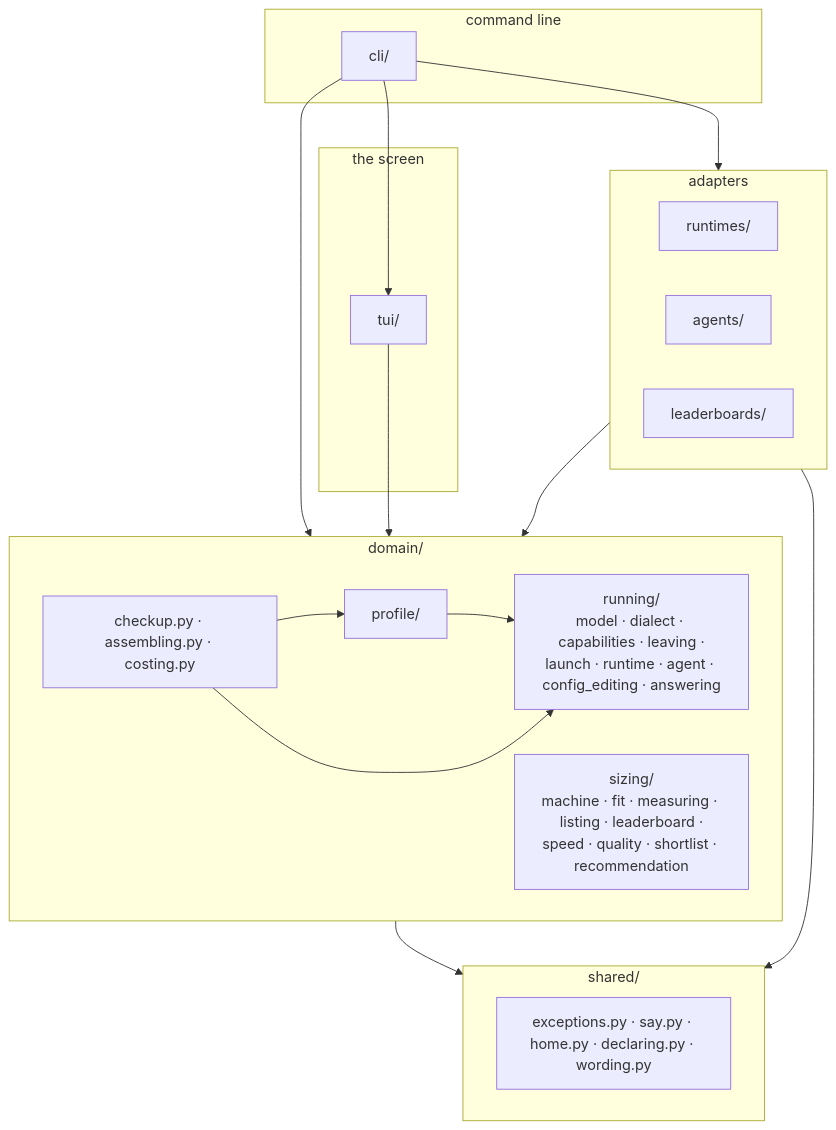
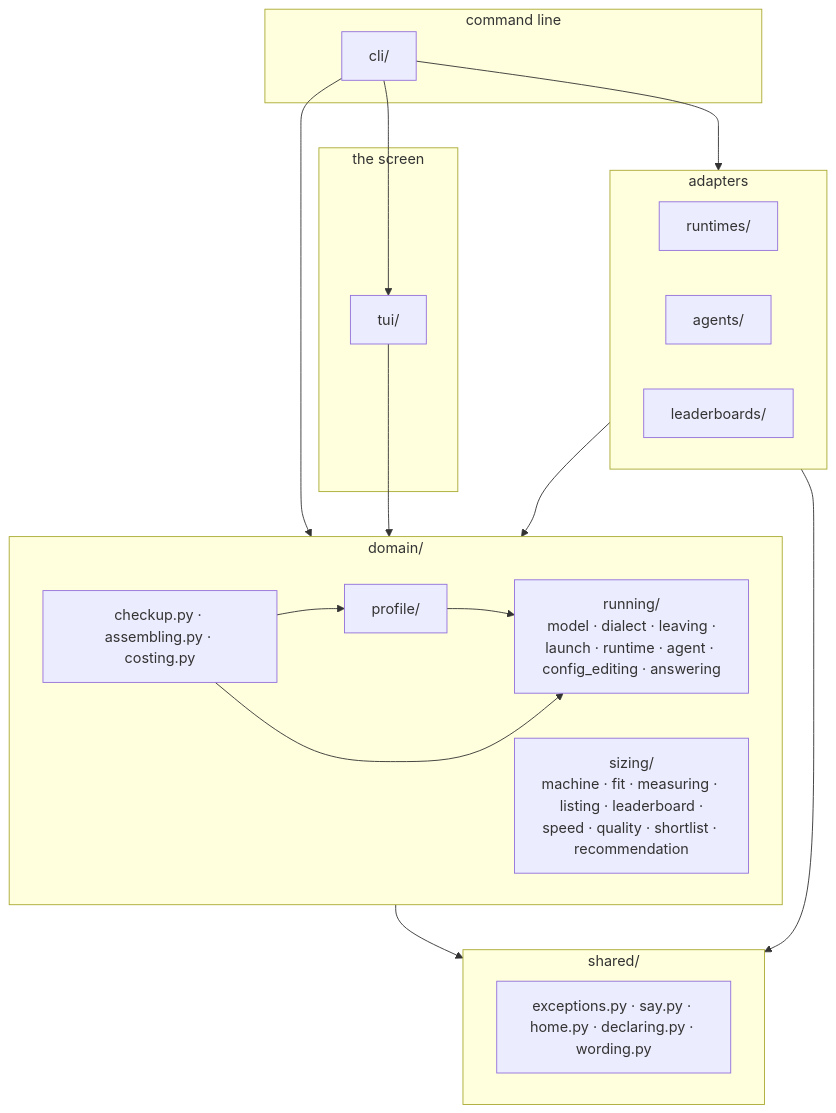
The first of 3 diagrams in docs/architecture.md (pvardanis/offgrid), drawn with Mermaid before and after one commit. The commit also changed other lines of this file and 6 other files, not shown here.

First line of the commit message:
refactor(runtime): drop the unread capabilities port member

````diff
--- a/docs/architecture.md
+++ b/docs/architecture.md
@@ -13,34 +13,34 @@
 ```mermaid
 flowchart TD
     subgraph cmd [command line]
         cli["cli/"]
     end
     subgraph screen [the screen]
         tui["tui/"]
     end
     subgraph adapters [adapters]
         rt["runtimes/"]
         ag["agents/"]
         lb["leaderboards/"]
     end
     subgraph domain ["domain/"]
         checkup["checkup.py · assembling.py · costing.py"]
         sizing["sizing/<br/>machine · fit · measuring · listing · leaderboard ·<br/>speed · quality · shortlist · recommendation"]
-        running["running/<br/>model · dialect · capabilities · leaving ·<br/>launch · runtime · agent · config_editing · answering"]
+        running["running/<br/>model · dialect · leaving ·<br/>launch · runtime · agent · config_editing · answering"]
         profile["profile/"]
     end
     subgraph shared ["shared/"]
         sh["exceptions.py · say.py · home.py · declaring.py · wording.py"]
     end
 
     cli --> adapters
     cli --> domain
     cli --> tui
     tui --> domain
     adapters --> domain
     domain --> shared
     adapters --> shared
     profile --> running
     checkup --> profile
     checkup --> running
 ```
````
